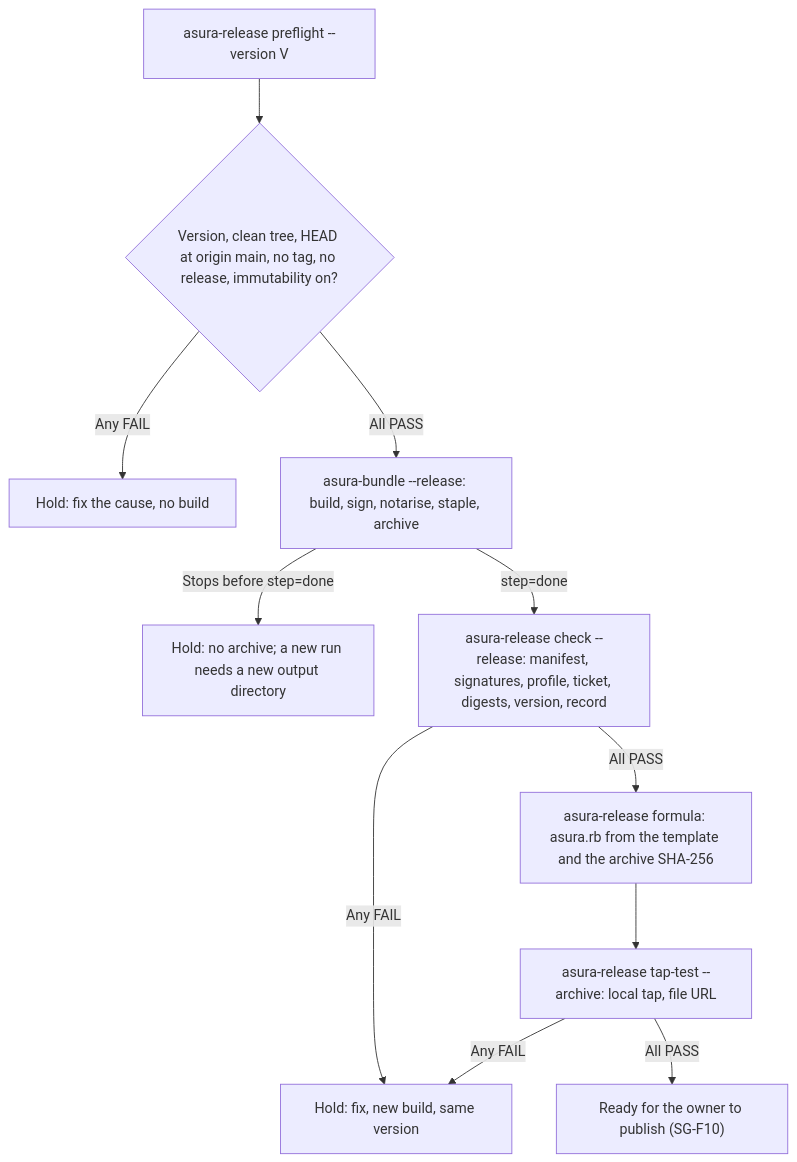
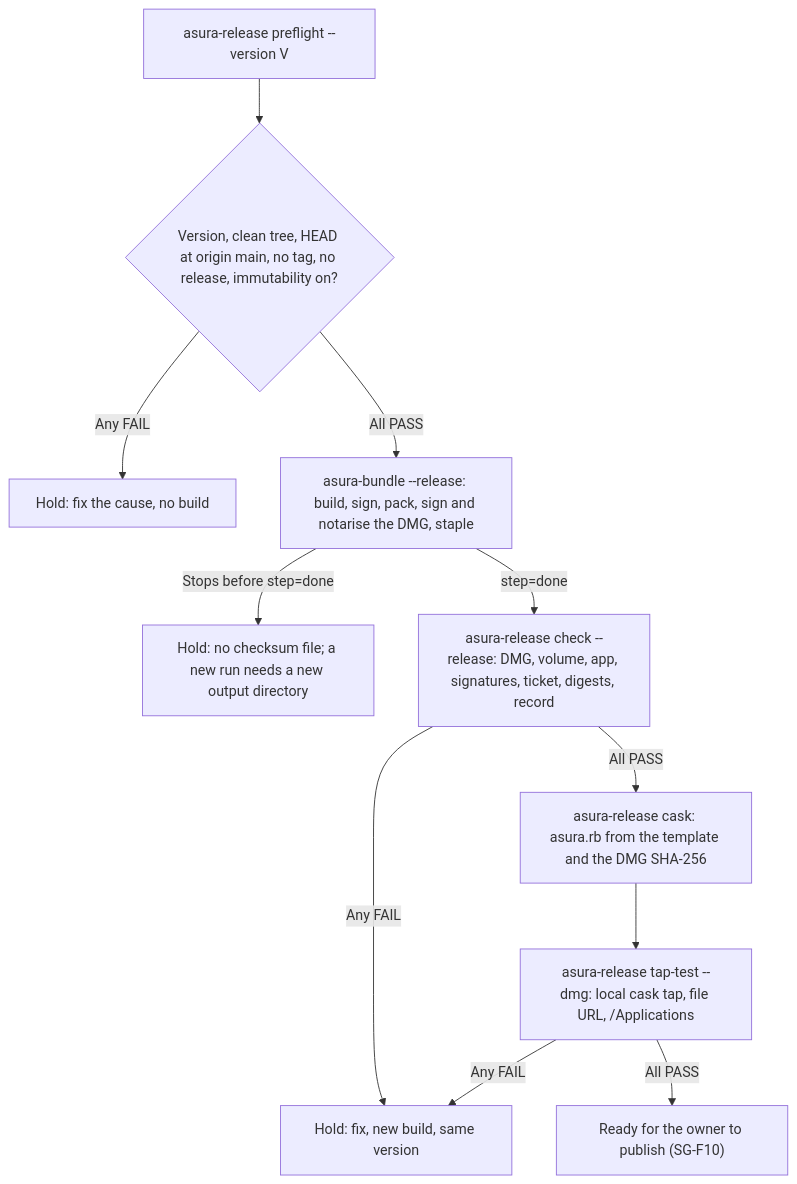
One commit to pidster/asura changed the fifth of 17 diagrams in docs/designs/release-signing.md. Above: the diagram before and after it, drawn with Mermaid. The commit also changed other lines of this file and 10 other files, not shown here.

First line of the commit message:
Design the signed DMG and Homebrew cask distribution (SG6)

````diff
--- a/docs/designs/release-signing.md
+++ b/docs/designs/release-signing.md
@@ -754,13 +851,13 @@
 ```mermaid
 flowchart TD
     Pre["asura-release preflight --version V"] --> PreOK{"Version, clean tree, HEAD at origin main, no tag, no release, immutability on?"}
     PreOK -->|"Any FAIL"| H0["Hold: fix the cause, no build"]
-    PreOK -->|"All PASS"| Build["asura-bundle --release: build, sign, notarise, staple, archive"]
-    Build -->|"Stops before step=done"| H1["Hold: no archive; a new run needs a new output directory"]
-    Build -->|"step=done"| Check["asura-release check --release: manifest, signatures, profile, ticket, digests, version, record"]
+    PreOK -->|"All PASS"| Build["asura-bundle --release: build, sign, pack, sign and notarise the DMG, staple"]
+    Build -->|"Stops before step=done"| H1["Hold: no checksum file; a new run needs a new output directory"]
+    Build -->|"step=done"| Check["asura-release check --release: DMG, volume, app, signatures, ticket, digests, record"]
     Check -->|"Any FAIL"| H2["Hold: fix, new build, same version"]
-    Check -->|"All PASS"| Form["asura-release formula: asura.rb from the template and the archive SHA-256"]
-    Form --> Tap["asura-release tap-test --archive: local tap, file URL"]
+    Check -->|"All PASS"| Form["asura-release cask: asura.rb from the template and the DMG SHA-256"]
+    Form --> Tap["asura-release tap-test --dmg: local cask tap, file URL, /Applications"]
     Tap -->|"Any FAIL"| H2
     Tap -->|"All PASS"| Ready["Ready for the owner to publish (SG-F10)"]
 ```
````
